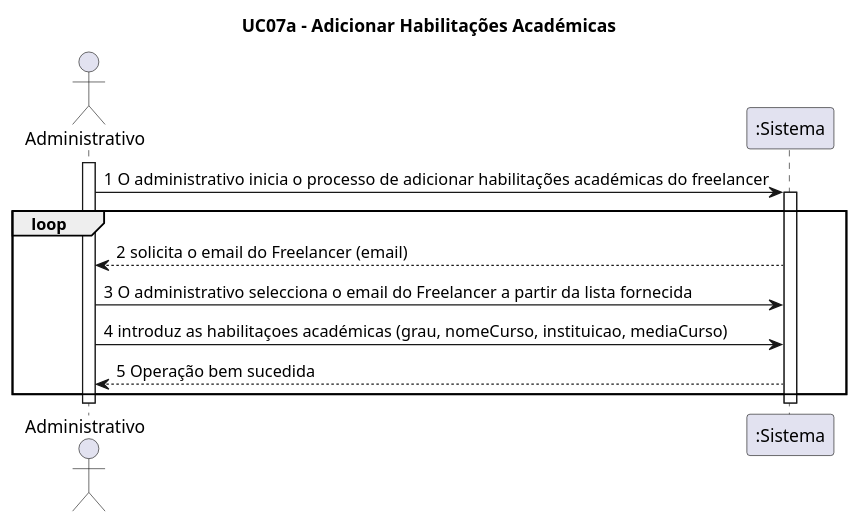
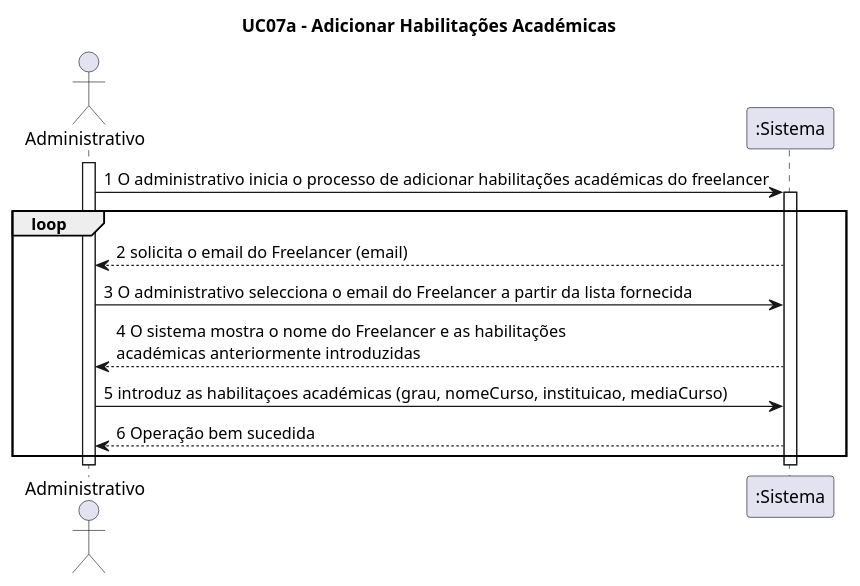
The diagram in Documentação/Sprint 3/UC07a_Adicionar_Habilitacoes_Academicas/UC07a_Adicionar_Habilitacoes_Academicas_Diagrama_Sequencia_Sistema.puml (blestonbandeiraUPSKILL/upskill_java1_labprg_grupo2), drawn with PlantUML before and after one commit. The commit also changed 7 other files, not shown here.

```diff
--- a/Documentação/Sprint 3/UC07a_Adicionar_Habilitacoes_Academicas/UC07a_Adicionar_Habilitacoes_Academicas_Diagrama_Sequencia_Sistema.puml
+++ b/Documentação/Sprint 3/UC07a_Adicionar_Habilitacoes_Academicas/UC07a_Adicionar_Habilitacoes_Academicas_Diagrama_Sequencia_Sistema.puml
@@ -1,23 +1,24 @@
 @startuml
 
 title UC07a - Adicionar Habilitações Académicas
 
 actor Administrativo
 participant ":Sistema" as Sistema
 
 activate Administrativo
 
 Administrativo -> Sistema : 1 O administrativo inicia o processo de adicionar habilitações académicas do freelancer
 activate Sistema
 
 loop
 Sistema --> Administrativo: 2 solicita o email do Freelancer (email)
 Administrativo -> Sistema: 3 O administrativo selecciona o email do Freelancer a partir da lista fornecida
-Administrativo -> Sistema: 4 introduz as habilitaçoes académicas (grau, nomeCurso, instituicao, mediaCurso)
-Sistema --> Administrativo: 5 Operação bem sucedida
+Sistema --> Administrativo: 4 O sistema mostra o nome do Freelancer e as habilitações \nacadémicas anteriormente introduzidas
+Administrativo -> Sistema: 5 introduz as habilitaçoes académicas (grau, nomeCurso, instituicao, mediaCurso)
+Sistema --> Administrativo: 6 Operação bem sucedida
 end
 
 deactivate Administrativo
 deactivate Sistema
 
 @enduml
```
